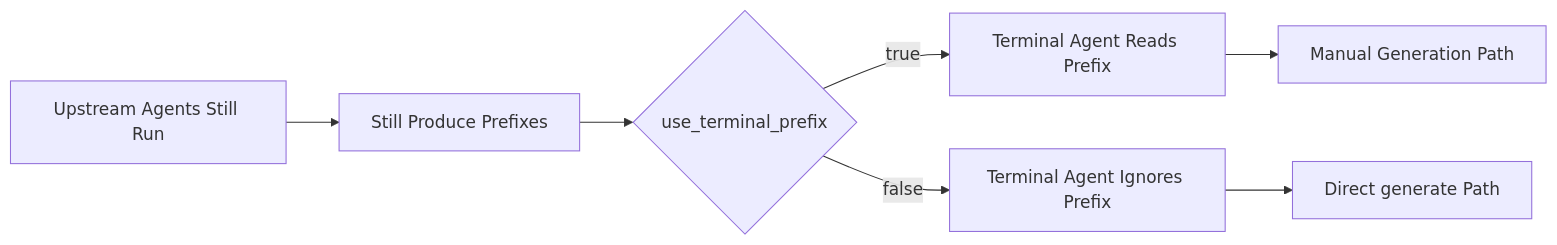
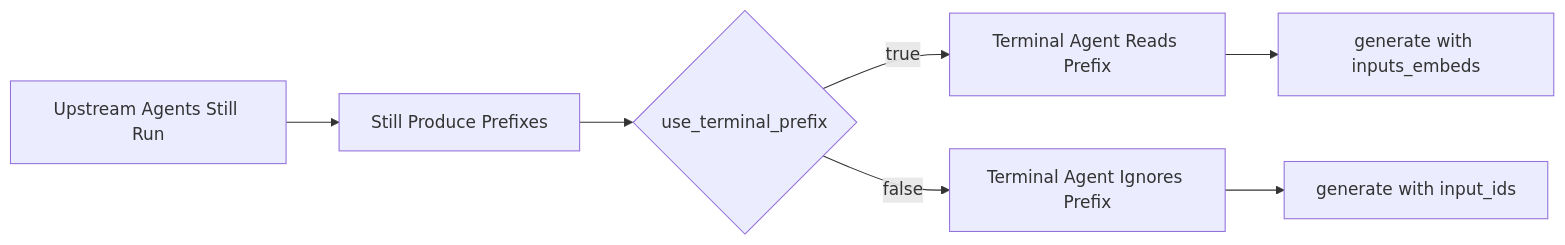
One commit to Johnny221B/latent-MAS changed the fourth of 5 diagrams in docs/agent_workflow.md. Above: the diagram before and after it, drawn with Mermaid. The commit also changed other lines of this file and 15 other files, not shown here.

````diff
--- a/docs/agent_workflow.md
+++ b/docs/agent_workflow.md
@@ -100,9 +102,9 @@
 ```mermaid
 flowchart LR
     A[Upstream Agents Still Run] --> B[Still Produce Prefixes]
     B --> C{use_terminal_prefix}
     C -->|true| D[Terminal Agent Reads Prefix]
     C -->|false| E[Terminal Agent Ignores Prefix]
-    D --> F[Manual Generation Path]
-    E --> G[Direct generate Path]
+    D --> F[generate with inputs_embeds]
+    E --> G[generate with input_ids]
 ```
````
